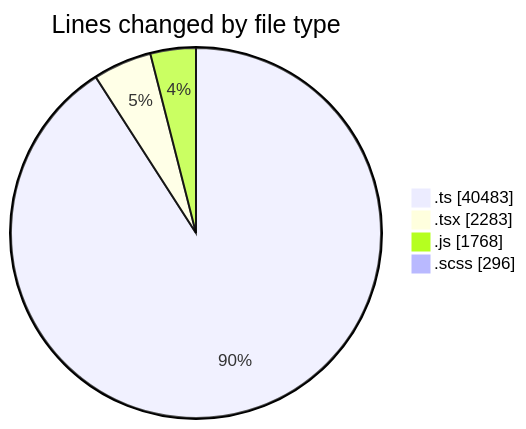
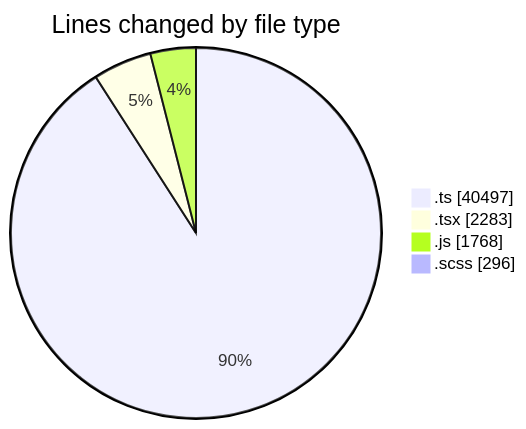
One commit to momahboobian/code-tracking changed the first of 2 diagrams in 2025-06-23/cda/README.md. Above: the diagram before and after it, drawn with Mermaid. The commit also changed other lines of this file and 1 other file, not shown here.

````diff
--- a/2025-06-23/cda/README.md
+++ b/2025-06-23/cda/README.md
@@ -39,8 +39,8 @@
 ```mermaid
 pie showData
 title Lines changed by file type
-".ts" : 40483
+".ts" : 40497
 ".tsx" : 2283
 ".js" : 1768
 ".scss" : 296
 ```
````
